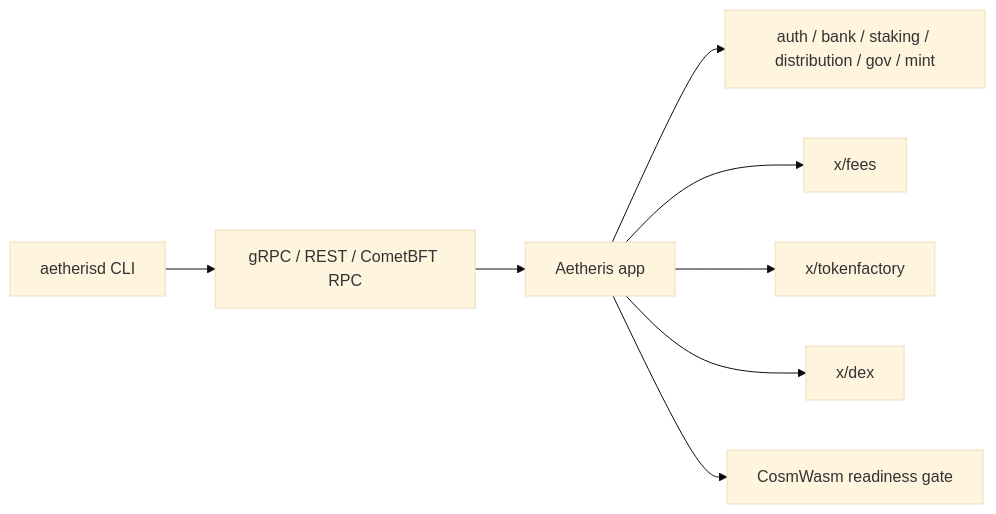
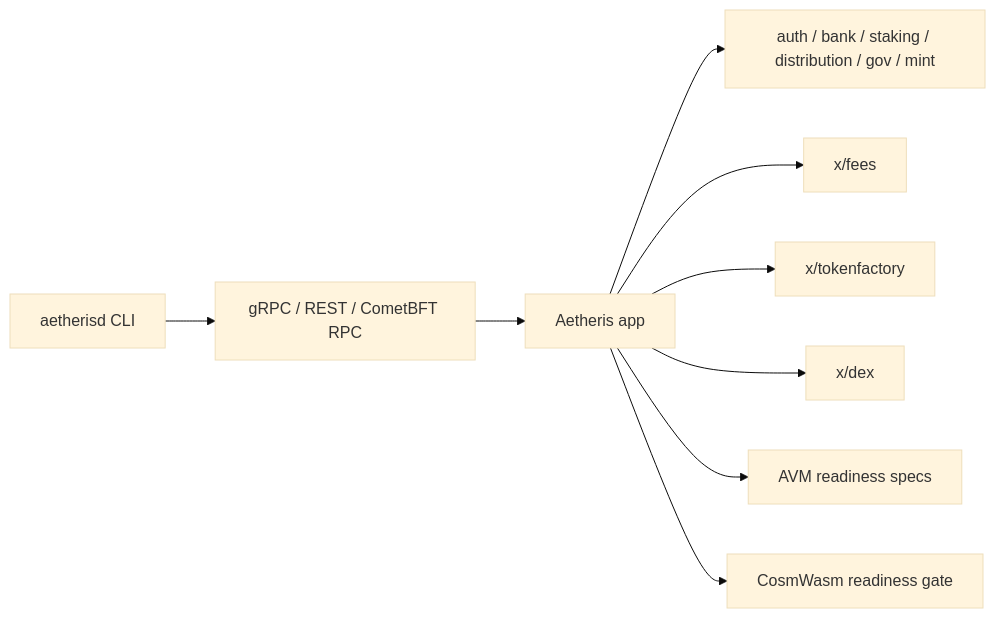
The diagram in README.md (SoftwareMaestro16/Aetheris-Blockchain), drawn with Mermaid (base theme) before and after one commit. The commit also changed other lines of this file and 3 other files, not shown here.

````diff
--- a/README.md
+++ b/README.md
@@ -9,10 +9,11 @@
 ```mermaid
 flowchart LR
   CLI["aetherisd CLI"] --> RPC["gRPC / REST / CometBFT RPC"]
   RPC --> APP["Aetheris app"]
   APP --> CORE["auth / bank / staking / distribution / gov / mint"]
   APP --> FEES["x/fees"]
   APP --> TF["x/tokenfactory"]
   APP --> DEX["x/dex"]
+  APP --> AVM["AVM readiness specs"]
   APP --> WASM["CosmWasm readiness gate"]
 ```
````
